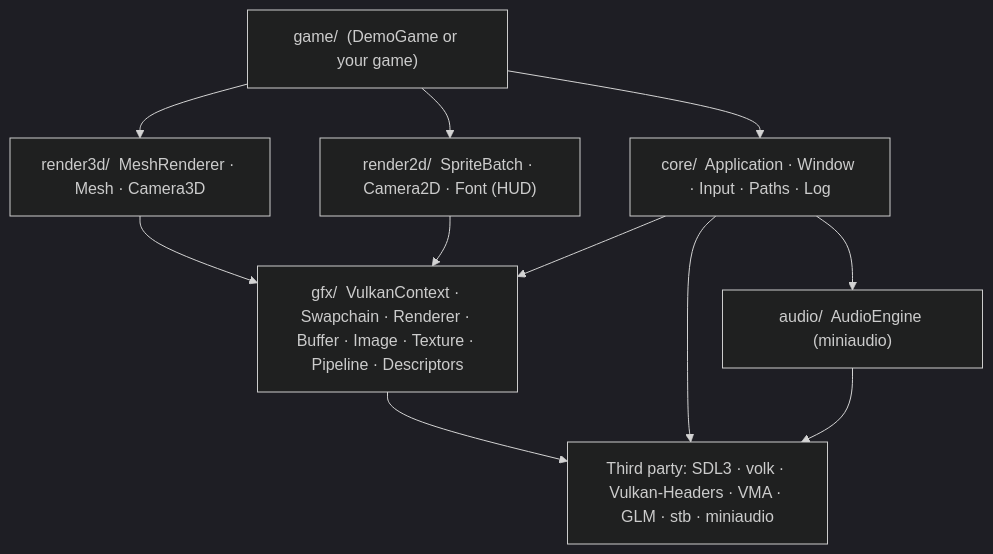
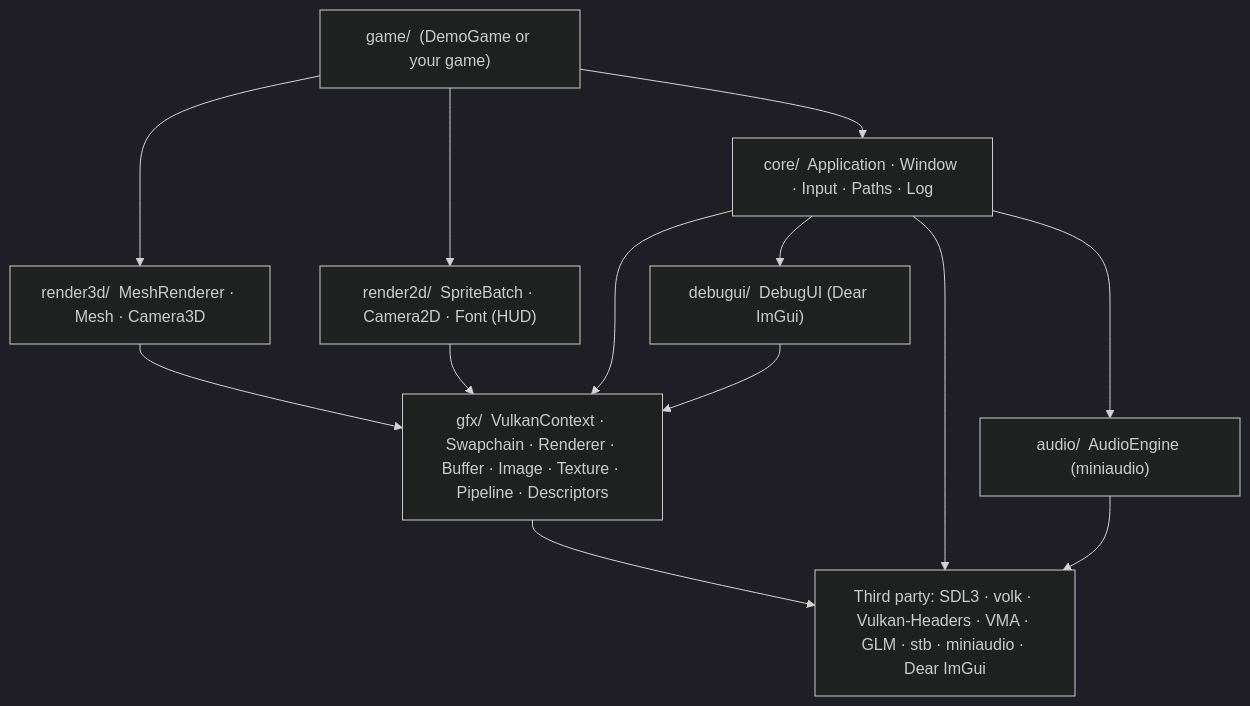
Before and after one commit to Chuck5ta/3DBaseFramework: the first of 10 diagrams in docs/ARCHITECTURE.md, drawn with Mermaid (dark theme). The commit also changed other lines of this file and 12 other files, not shown here.

````diff
--- a/docs/ARCHITECTURE.md
+++ b/docs/ARCHITECTURE.md
@@ -33,21 +33,24 @@
 ```mermaid
 flowchart TD
     game["game/  (DemoGame or your game)"]
     r3d["render3d/  MeshRenderer · Mesh · Camera3D"]
     r2d["render2d/  SpriteBatch · Camera2D · Font (HUD)"]
     core["core/  Application · Window · Input · Paths · Log"]
     aud["audio/  AudioEngine (miniaudio)"]
+    dbg["debugui/  DebugUI (Dear ImGui)"]
     gfx["gfx/  VulkanContext · Swapchain · Renderer · Buffer · Image · Texture · Pipeline · Descriptors"]
-    third["Third party: SDL3 · volk · Vulkan-Headers · VMA · GLM · stb · miniaudio"]
+    third["Third party: SDL3 · volk · Vulkan-Headers · VMA · GLM · stb · miniaudio · Dear ImGui"]
 
     game --> r3d
     game --> r2d
     game --> core
     r3d --> gfx
     r2d --> gfx
     core --> gfx
     core --> aud
+    core --> dbg
+    dbg --> gfx
     gfx --> third
     core --> third
     aud --> third
 ```
````
